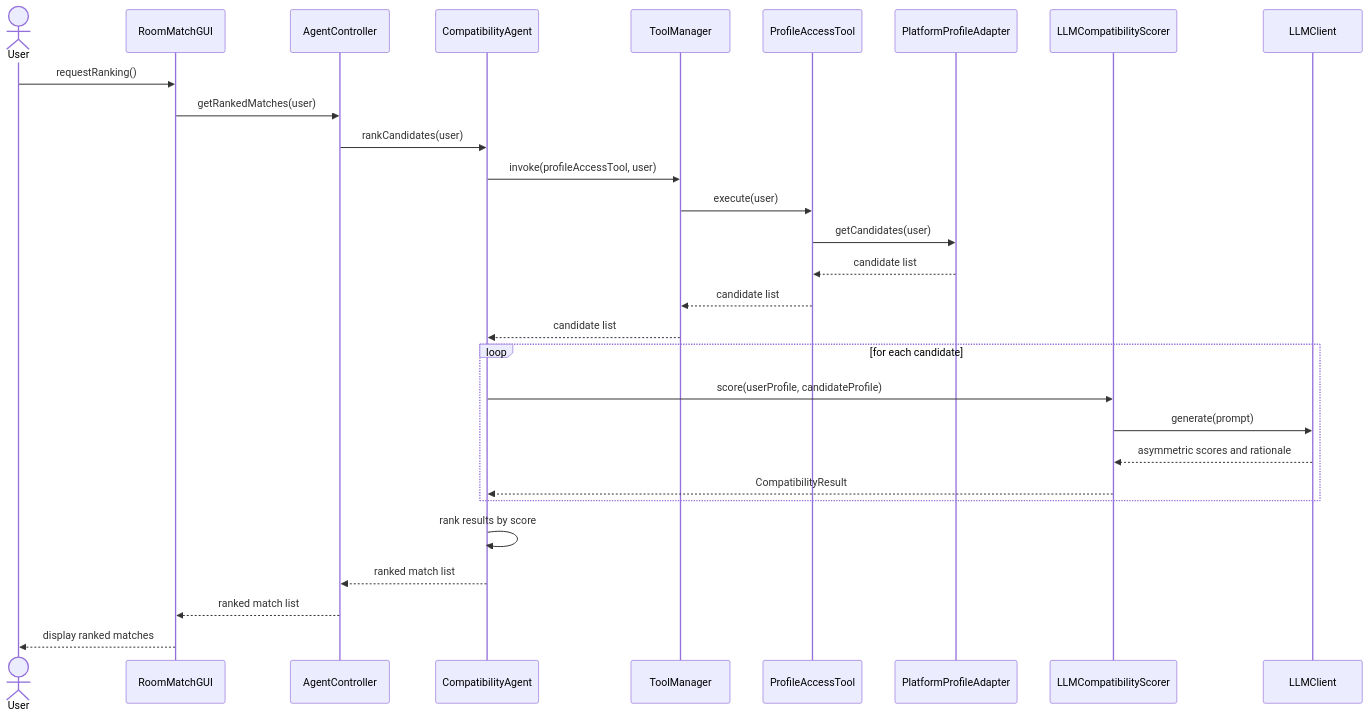
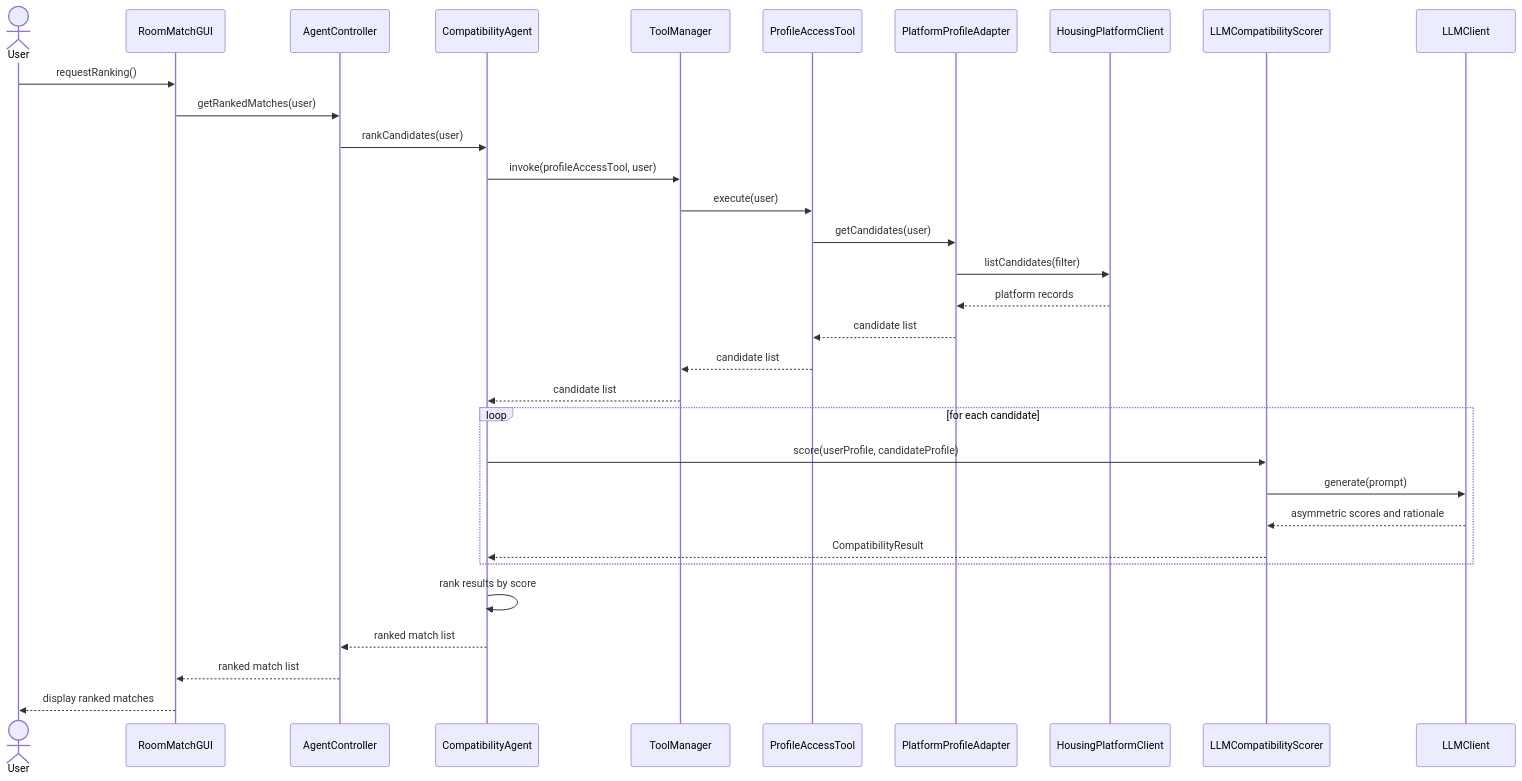
Before and after one commit to hewitt01/Roommate-Matcher: the third of 9 diagrams in docs/stage1-report.md, drawn with Mermaid. The commit also changed other lines of this file, not shown here.

First line of the commit message:
Revise UML class diagram and update explanations

````diff
--- a/docs/stage1-report.md
+++ b/docs/stage1-report.md
@@ -251,32 +260,35 @@
 ```mermaid
 sequenceDiagram
   actor User
   participant GUI as RoomMatchGUI
   participant AC as AgentController
   participant CA as CompatibilityAgent
   participant TM as ToolManager
   participant PAT as ProfileAccessTool
   participant PPA as PlatformProfileAdapter
+  participant HPC as HousingPlatformClient
   participant SC as LLMCompatibilityScorer
   participant LLM as LLMClient
 
   User->>GUI: requestRanking()
   GUI->>AC: getRankedMatches(user)
   AC->>CA: rankCandidates(user)
   CA->>TM: invoke(profileAccessTool, user)
   TM->>PAT: execute(user)
   PAT->>PPA: getCandidates(user)
+  PPA->>HPC: listCandidates(filter)
+  HPC-->>PPA: platform records
   PPA-->>PAT: candidate list
   PAT-->>TM: candidate list
   TM-->>CA: candidate list
   loop for each candidate
     CA->>SC: score(userProfile, candidateProfile)
     SC->>LLM: generate(prompt)
     LLM-->>SC: asymmetric scores and rationale
     SC-->>CA: CompatibilityResult
   end
   CA->>CA: rank results by score
   CA-->>AC: ranked match list
   AC-->>GUI: ranked match list
   GUI-->>User: display ranked matches
 ```
````
